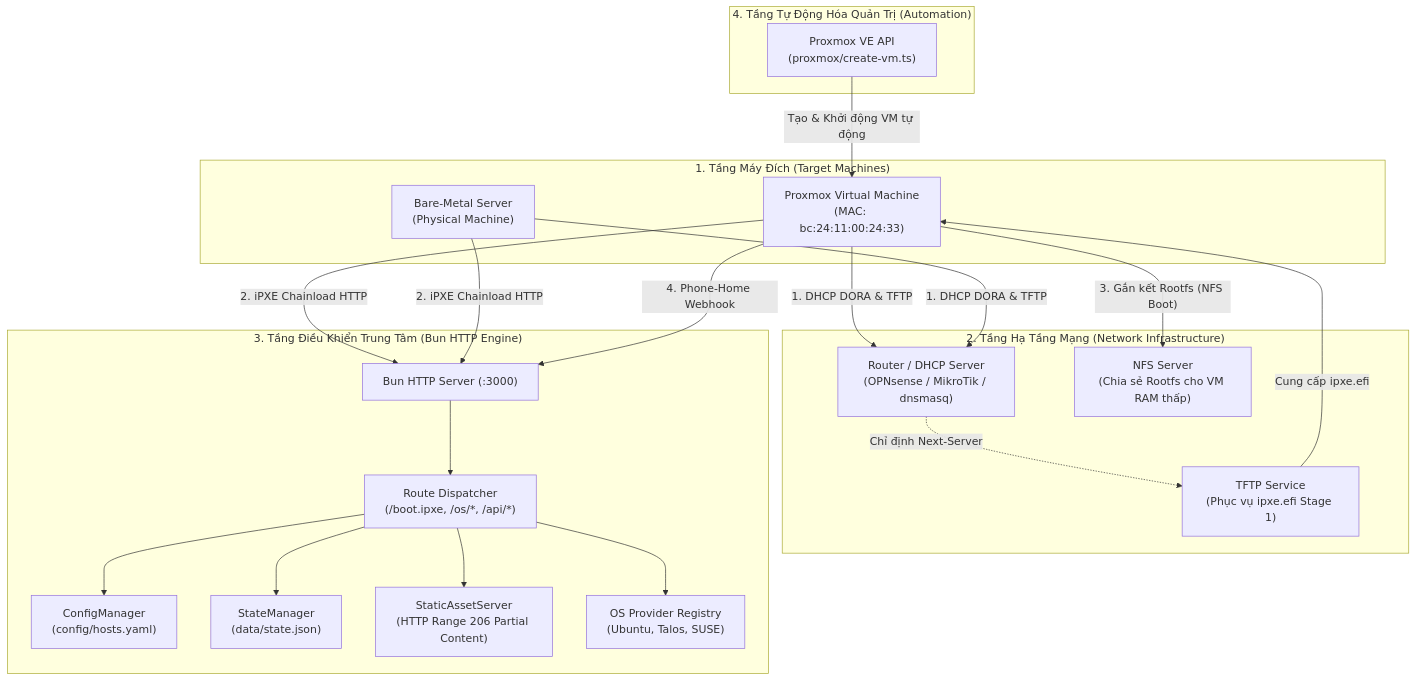
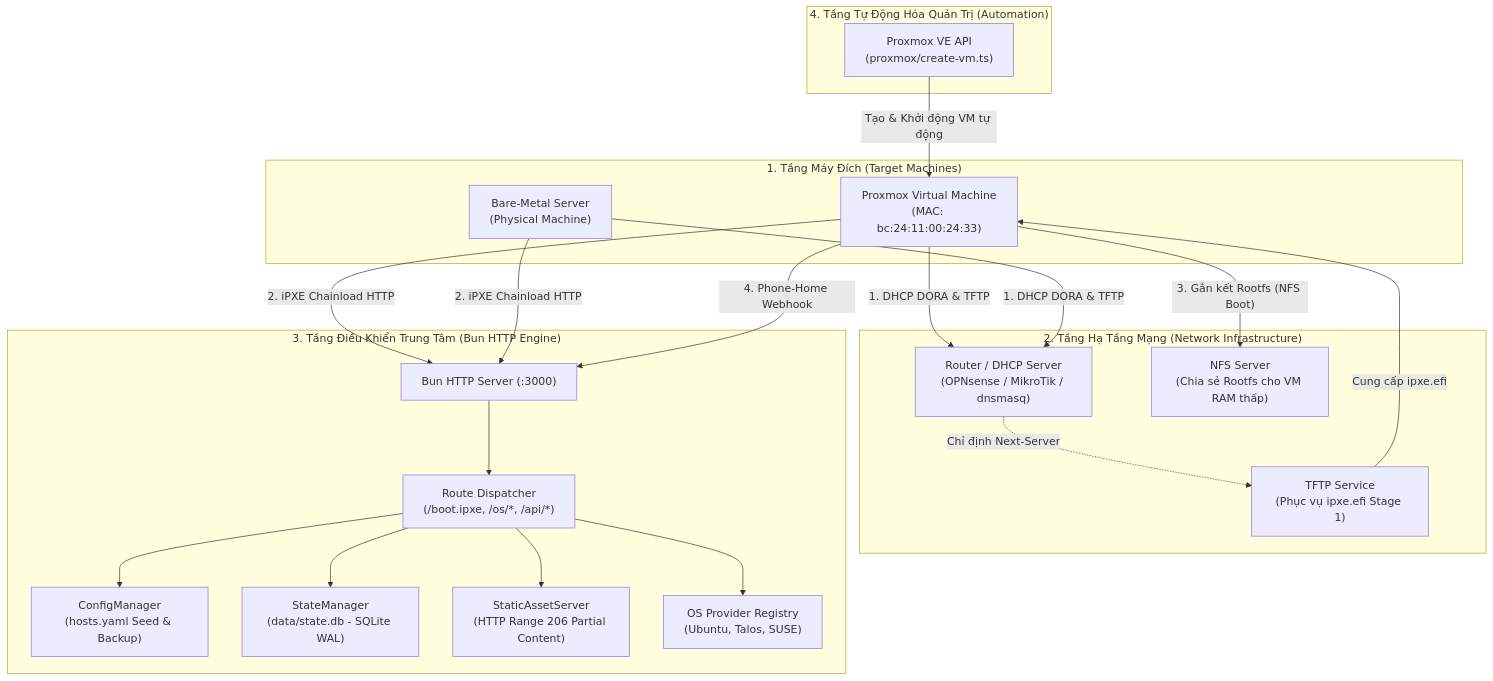
The first of 2 diagrams in docs/HOW_IT_WORKS.md (001123/lab-ipxe-os), drawn with Mermaid before and after one commit. The commit also changed other lines of this file and 11 other files, not shown here.

Commit message:
feat: implement SQLite persistence, host CRUD endpoints, YAML export, and UI modal controls

````diff
--- a/docs/HOW_IT_WORKS.md
+++ b/docs/HOW_IT_WORKS.md
@@ -11,45 +11,45 @@
 ```mermaid
 flowchart TB
     subgraph ClientLayer ["1. Tầng Máy Đích (Target Machines)"]
         VM["Proxmox Virtual Machine<br/>(MAC: bc:24:11:00:24:33)"]
         BM["Bare-Metal Server<br/>(Physical Machine)"]
     end
 
     subgraph NetworkLayer ["2. Tầng Hạ Tầng Mạng (Network Infrastructure)"]
         Router["Router / DHCP Server<br/>(OPNsense / MikroTik / dnsmasq)"]
         TFTP["TFTP Service<br/>(Phục vụ ipxe.efi Stage 1)"]
         NFS["NFS Server<br/>(Chia sẻ Rootfs cho VM RAM thấp)"]
     end
 
     subgraph BunLayer ["3. Tầng Điều Khiển Trung Tâm (Bun HTTP Engine)"]
         HTTP["Bun HTTP Server (:3000)"]
         RouterDispatcher["Route Dispatcher<br/>(/boot.ipxe, /os/*, /api/*)"]
-        ConfigMgr["ConfigManager<br/>(config/hosts.yaml)"]
-        StateMgr["StateManager<br/>(data/state.json)"]
+        ConfigMgr["ConfigManager<br/>(hosts.yaml Seed & Backup)"]
+        StateMgr["StateManager<br/>(data/state.db - SQLite WAL)"]
         AssetServer["StaticAssetServer<br/>(HTTP Range 206 Partial Content)"]
         Registry["OS Provider Registry<br/>(Ubuntu, Talos, SUSE)"]
     end
 
     subgraph OrchestrationLayer ["4. Tầng Tự Động Hóa Quản Trị (Automation)"]
         PVE["Proxmox VE API<br/>(proxmox/create-vm.ts)"]
     end
 
     %% Flow connections
     VM -->|"1. DHCP DORA & TFTP"| Router
     BM -->|"1. DHCP DORA & TFTP"| Router
     Router -.->|"Chỉ định Next-Server"| TFTP
     TFTP -->|"Cung cấp ipxe.efi"| VM
 
     VM -->|"2. iPXE Chainload HTTP"| HTTP
     BM -->|"2. iPXE Chainload HTTP"| HTTP
     HTTP --> RouterDispatcher
     RouterDispatcher --> ConfigMgr
     RouterDispatcher --> StateMgr
     RouterDispatcher --> AssetServer
     RouterDispatcher --> Registry
 
     VM -->|"3. Gắn kết Rootfs (NFS Boot)"| NFS
     VM -->|"4. Phone-Home Webhook"| HTTP
 
     PVE -->|"Tạo & Khởi động VM tự động"| VM
 ```
````
